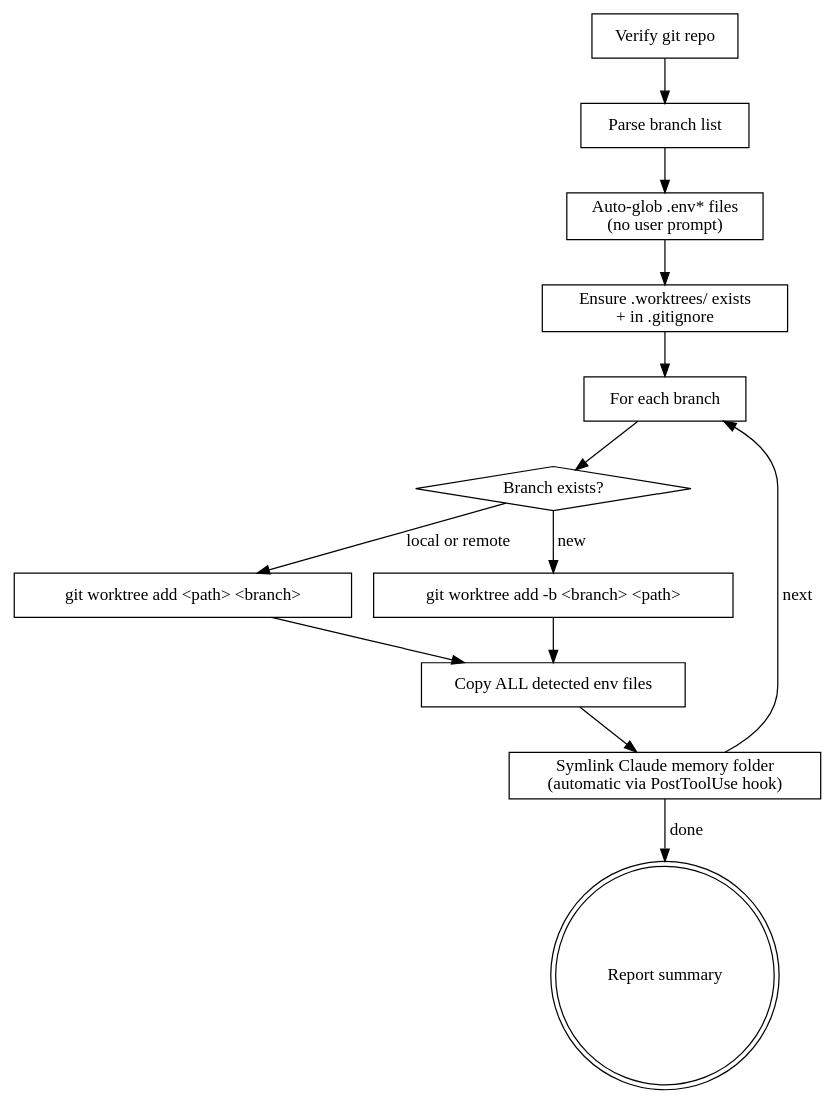
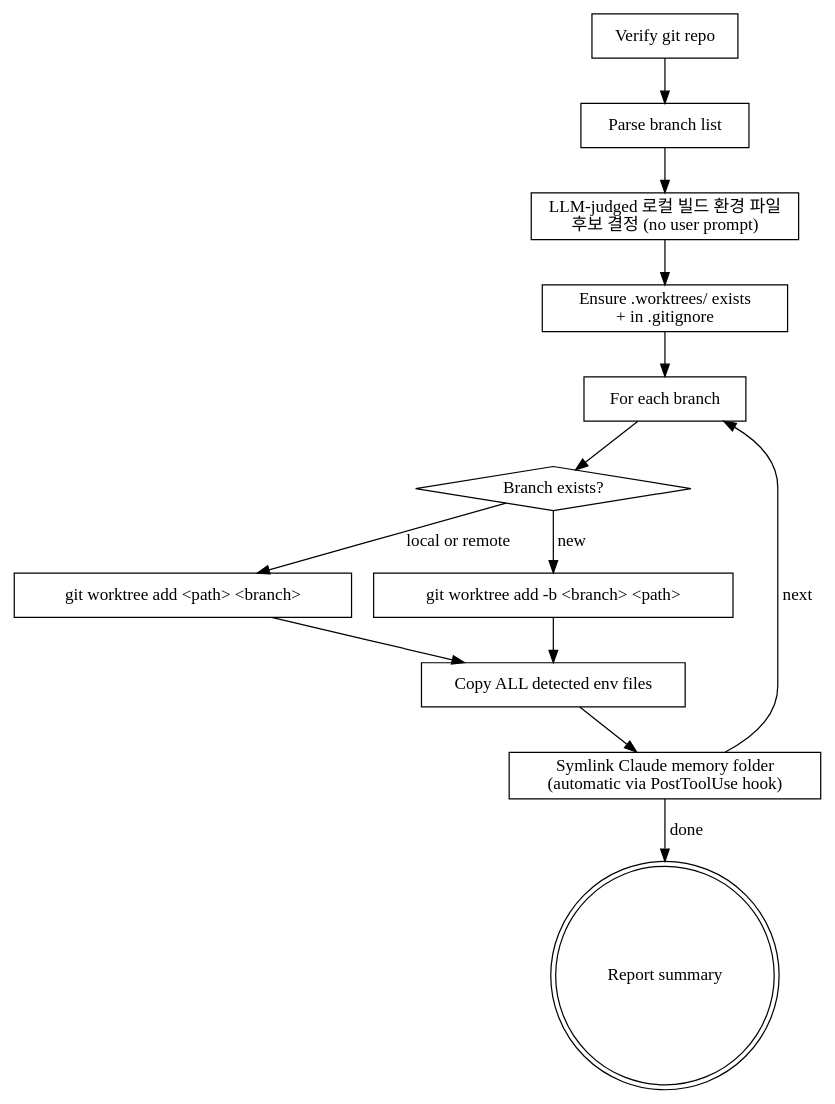
The diagram in skills/setting-up-worktrees/SKILL.md (deokjinlog/intent-locked-workflow), drawn with Graphviz before and after one commit. The commit also changed other lines of this file, not shown here.

Commit message:
task 7: setting-up-worktrees 일반화 — 로컬 빌드 환경 파일 LLM-judged Procedure (v2.0.2)

````diff
--- a/skills/setting-up-worktrees/SKILL.md
+++ b/skills/setting-up-worktrees/SKILL.md
@@ -38,28 +38,28 @@
 ```dot
 digraph wt_flow {
     "Verify git repo" [shape=box];
     "Parse branch list" [shape=box];
-    "Auto-glob .env* files\n(no user prompt)" [shape=box];
+    "LLM-judged 로컬 빌드 환경 파일\n후보 결정 (no user prompt)" [shape=box];
     "Ensure .worktrees/ exists\n+ in .gitignore" [shape=box];
     "For each branch" [shape=box];
     "Branch exists?" [shape=diamond];
     "git worktree add <path> <branch>" [shape=box];
     "git worktree add -b <branch> <path>" [shape=box];
     "Copy ALL detected env files" [shape=box];
     "Symlink Claude memory folder\n(automatic via PostToolUse hook)" [shape=box];
     "Report summary" [shape=doublecircle];
 
     "Verify git repo" -> "Parse branch list";
-    "Parse branch list" -> "Auto-glob .env* files\n(no user prompt)";
-    "Auto-glob .env* files\n(no user prompt)" -> "Ensure .worktrees/ exists\n+ in .gitignore";
+    "Parse branch list" -> "LLM-judged 로컬 빌드 환경 파일\n후보 결정 (no user prompt)";
+    "LLM-judged 로컬 빌드 환경 파일\n후보 결정 (no user prompt)" -> "Ensure .worktrees/ exists\n+ in .gitignore";
     "Ensure .worktrees/ exists\n+ in .gitignore" -> "For each branch";
     "For each branch" -> "Branch exists?";
     "Branch exists?" -> "git worktree add <path> <branch>" [label="local or remote"];
     "Branch exists?" -> "git worktree add -b <branch> <path>" [label="new"];
     "git worktree add <path> <branch>" -> "Copy ALL detected env files";
     "git worktree add -b <branch> <path>" -> "Copy ALL detected env files";
     "Copy ALL detected env files" -> "Symlink Claude memory folder\n(automatic via PostToolUse hook)";
     "Symlink Claude memory folder\n(automatic via PostToolUse hook)" -> "For each branch" [label="next"];
     "Symlink Claude memory folder\n(automatic via PostToolUse hook)" -> "Report summary" [label="done"];
 }
 ```
````
